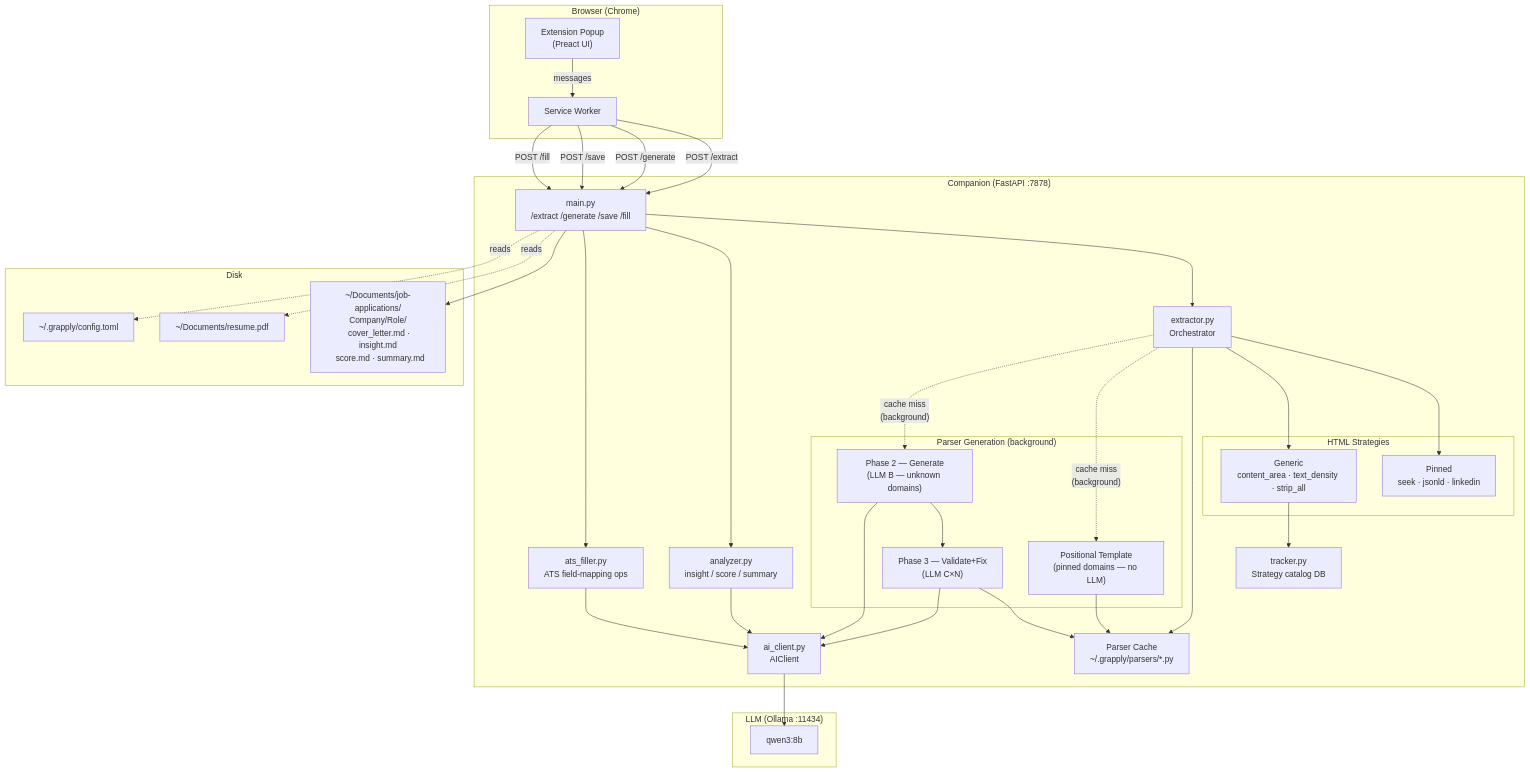
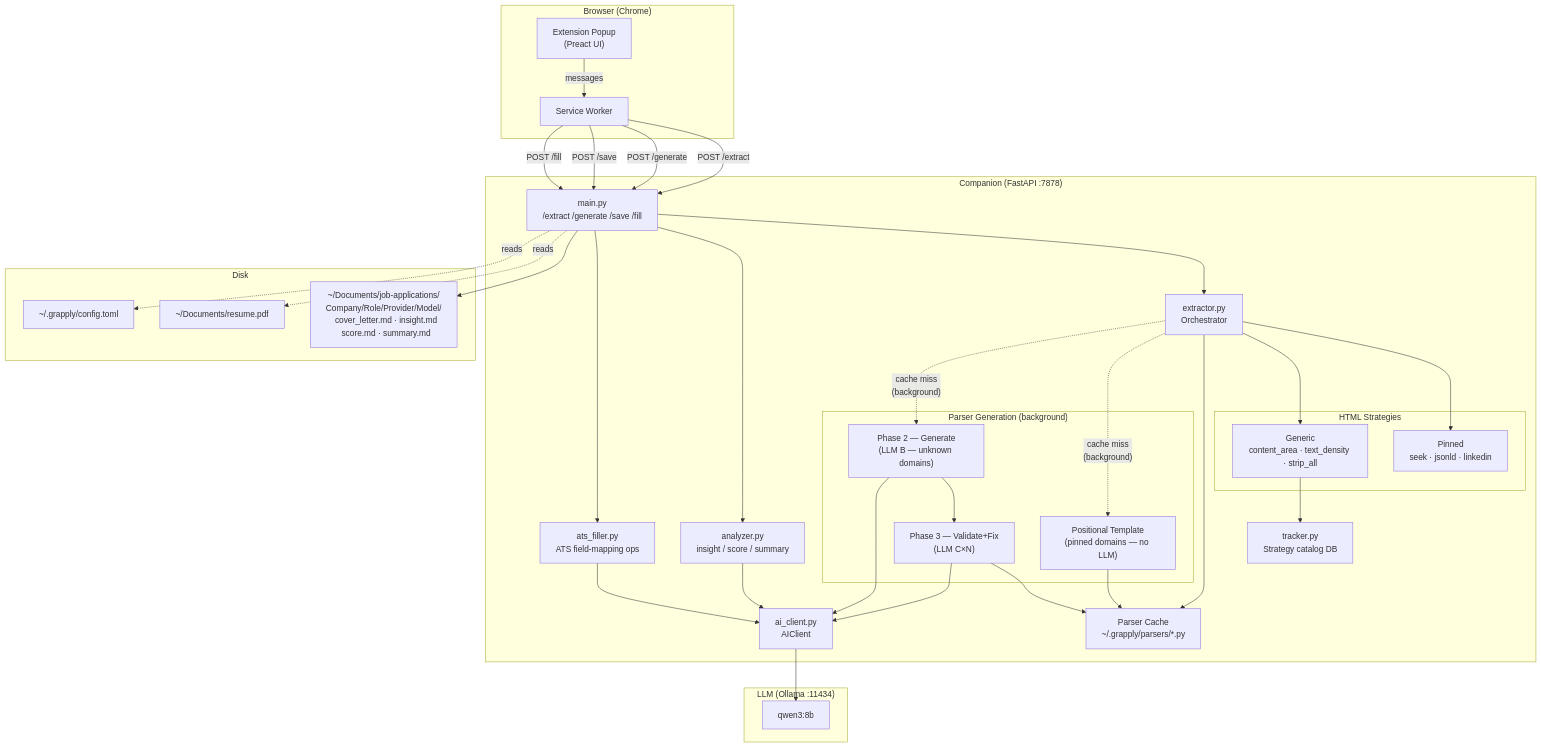
One commit to jwongso/overhired changed the first of 4 diagrams in README.md. Above: the diagram before and after it, drawn with Mermaid. The commit also changed other lines of this file, not shown here.

````diff
--- a/README.md
+++ b/README.md
@@ -123,65 +124,65 @@
 ```mermaid
 graph TB
     subgraph Browser["Browser (Chrome)"]
         EXT["Extension Popup\n(Preact UI)"]
         SW["Service Worker"]
     end
 
     subgraph Companion["Companion (FastAPI :7878)"]
         API["main.py\n/extract /generate /save /fill"]
         EXT_MOD["extractor.py\nOrchestrator"]
 
         subgraph Strategies["HTML Strategies"]
             PIN["Pinned\nseek · jsonld · linkedin"]
             GEN["Generic\ncontent_area · text_density · strip_all"]
         end
 
         subgraph ParserGen["Parser Generation (background)"]
             TMPL["Positional Template\n(pinned domains — no LLM)"]
             P2["Phase 2 — Generate\n(LLM B — unknown domains)"]
             P3["Phase 3 — Validate+Fix\n(LLM C×N)"]
         end
 
         CACHE["Parser Cache\n~/.grapply/parsers/*.py"]
         TRACKER["tracker.py\nStrategy catalog DB"]
         AI_CLI["ai_client.py\nAIClient"]
         ANA["analyzer.py\ninsight / score / summary"]
         ATS["ats_filler.py\nATS field-mapping ops"]
     end
 
     subgraph LLM["LLM (Ollama :11434)"]
         MODEL["qwen3:8b"]
     end
 
     subgraph Disk["Disk"]
-        OUT["~/Documents/job-applications/\nCompany/Role/\n  cover_letter.md · insight.md\n  score.md · summary.md"]
+        OUT["~/Documents/job-applications/\nCompany/Role/Provider/Model/\n  cover_letter.md · insight.md\n  score.md · summary.md"]
         RESUME["~/Documents/resume.pdf"]
         CONFIG["~/.grapply/config.toml"]
     end
 
     EXT -->|"messages"| SW
     SW -->|"POST /extract"| API
     SW -->|"POST /generate"| API
     SW -->|"POST /save"| API
     SW -->|"POST /fill"| API
     API --> EXT_MOD
     EXT_MOD --> PIN
     EXT_MOD --> GEN
     GEN --> TRACKER
     EXT_MOD --> CACHE
     EXT_MOD -.->|"cache miss\n(background)"| TMPL
     EXT_MOD -.->|"cache miss\n(background)"| P2
     P2 --> P3
     TMPL --> CACHE
     P3 --> CACHE
     P2 --> AI_CLI
     P3 --> AI_CLI
     AI_CLI --> MODEL
     API --> ANA
     ANA --> AI_CLI
     API --> ATS
     ATS --> AI_CLI
     API --> OUT
     API -.->|reads| RESUME
     API -.->|reads| CONFIG
 ```
````
